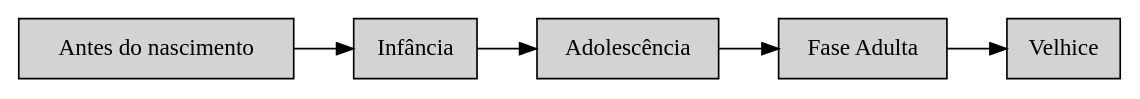
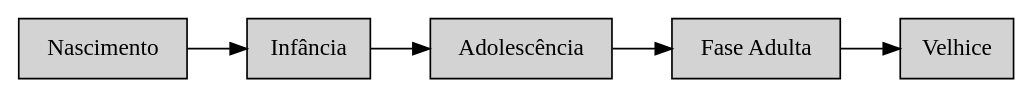
The diagram in livro/images/cap3/fases-da-vida.dot (ufpb-computacao/fundamentos-psicologicos-da-educacao-livro), drawn with Graphviz before and after one commit. The commit also changed other lines of this file and 9 other files, not shown here.

```diff
--- a/livro/images/cap3/fases-da-vida.dot
+++ b/livro/images/cap3/fases-da-vida.dot
@@ -1,22 +1,22 @@
 /*  Este arquivo pode ser utilizado para geração de gráficos.
 http://www.graphviz.org/Gallery.php
 Para compilar execute:
   dot -O -T png
 */
 
 digraph G {
   rankdir="LR"
   node[shape=box, style=filled]
   //labelloc=top;
   //labeljust=right;
   //label="Estilo enfrentamento"
 
-  antes[label="Antes do nascimento"];
+  antes[label="Nascimento"];
   infancia[label="Infância"];
   adolescencia[label="Adolescência"];
   adulta[label="Fase Adulta"];
   velhice[label="Velhice"];
 
   antes->infancia->adolescencia->adulta->velhice;
 
 }
```
